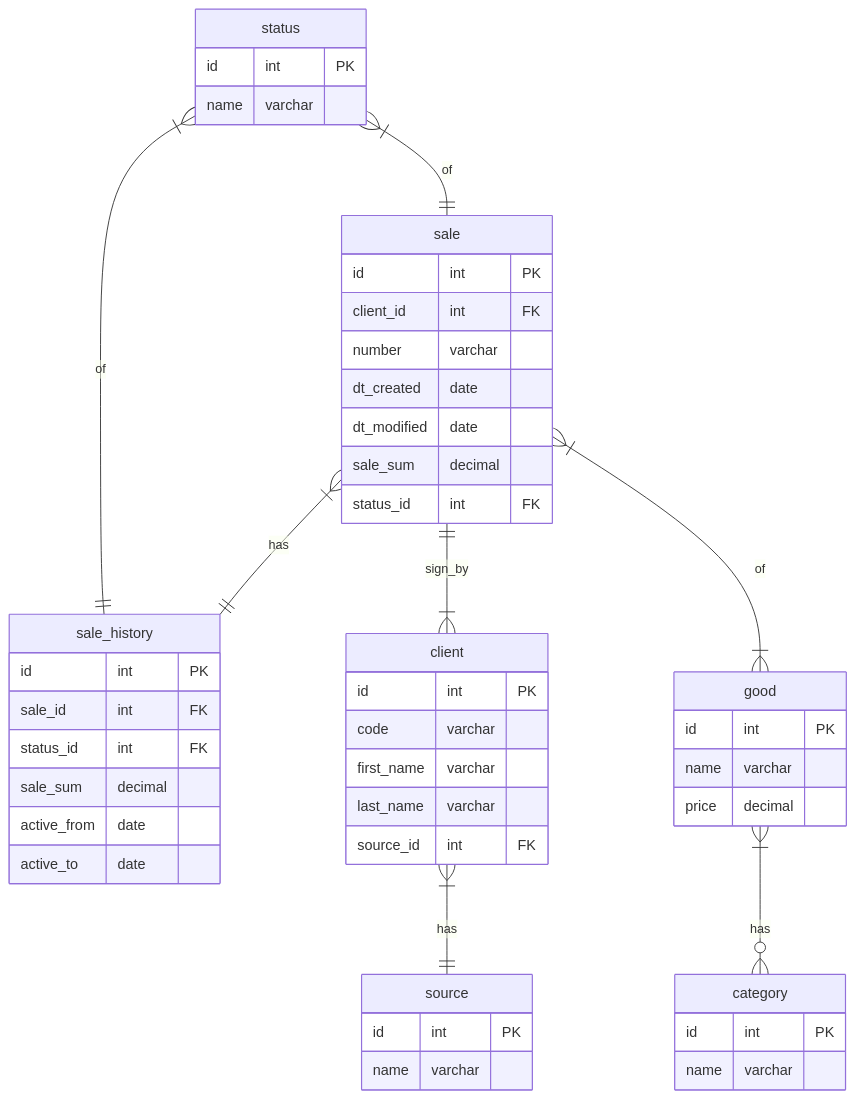
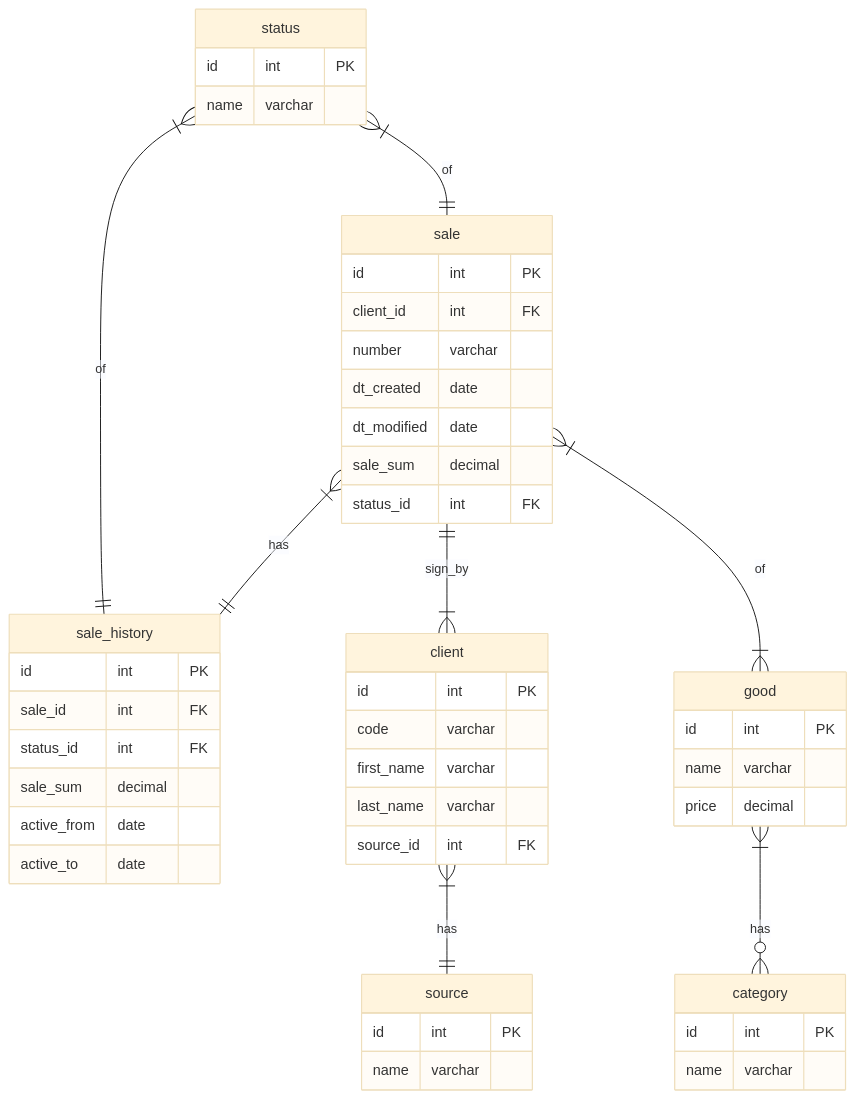
Before and after one commit to MikeKondr99/NTDPS: the diagram in markdown/task3.md, drawn with Mermaid.

Commit message:
изменил тему

````diff
--- a/markdown/task3.md
+++ b/markdown/task3.md
@@ -7,59 +7,60 @@
 ```mermaid
+%%{init: {'theme': 'base' }}%%
 erDiagram
 
 sale_history {
     id int PK
     sale_id int FK
     status_id int FK
     sale_sum decimal 
     active_from date
     active_to date
 }
 
 status {
     id int PK
     name varchar
 }
 
 sale {
     id int PK
     client_id int FK
     number varchar
     dt_created date
     dt_modified date
     sale_sum decimal
     status_id int FK
 }
 
 category {
     id int PK
     name varchar
 }
 
 good {
     id int PK
     name varchar
     price decimal
 }
 
 client {
     id int PK
     code varchar
     first_name varchar
     last_name varchar
     source_id int FK
 }
 
 source {
     id int PK
     name varchar
 }
 
 client }|--|| source : has
 sale ||--|{ client : sign_by
 good }|--o{ category : has
 sale }|--|| sale_history : has
 status }|--|| sale_history : of
 status }|--|| sale : of
 sale }|--|{ good : of
 ```
````
